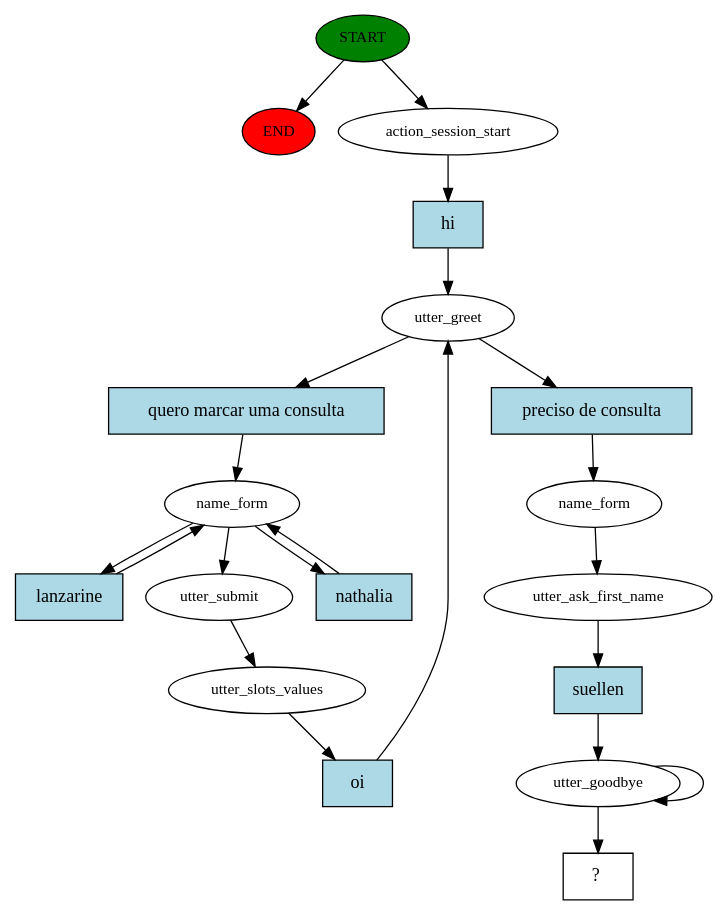
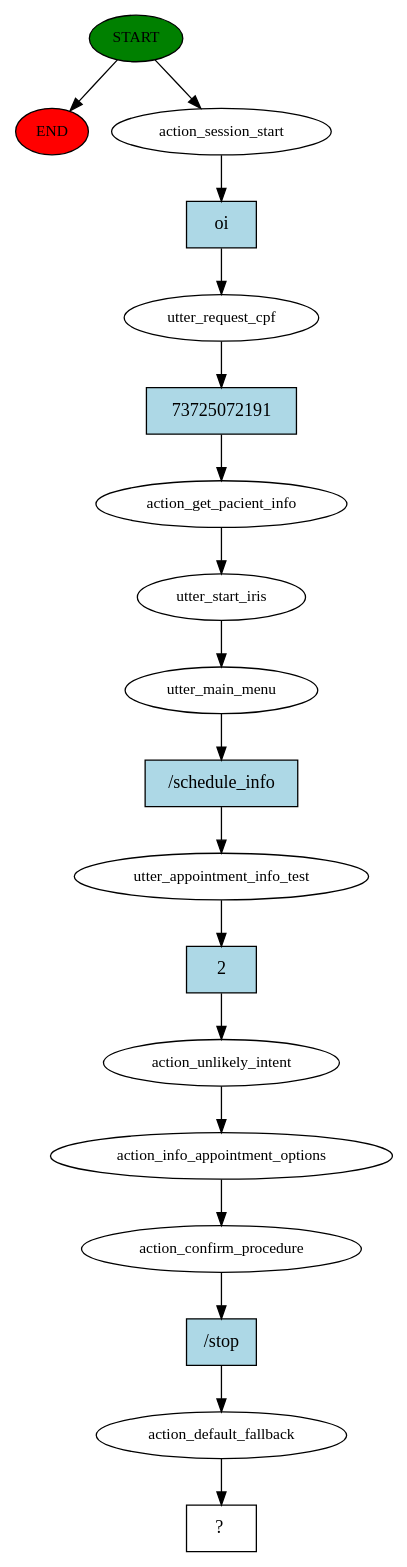
Before and after one commit to NathLanzarine/rasax-demo: the diagram in story_graph.dot, drawn with Graphviz. The commit also changed 24 other files, not shown here.

```diff
--- a/story_graph.dot
+++ b/story_graph.dot
@@ -1,41 +1,37 @@
 digraph  {
 0 [class="start active", fillcolor=green, fontsize=12, label=START, style=filled];
 "-1" [class=end, fillcolor=red, fontsize=12, label=END, style=filled];
 1 [class=active, fontsize=12, label=action_session_start];
-2 [class=active, fontsize=12, label=utter_greet];
-3 [class=active, fontsize=12, label=name_form];
-6 [class=active, fontsize=12, label=utter_submit];
-7 [class=active, fontsize=12, label=utter_slots_values];
-9 [class=active, fontsize=12, label=name_form];
-10 [class=active, fontsize=12, label=utter_ask_first_name];
-11 [class=active, fontsize=12, label=utter_goodbye];
-13 [class="intent dashed active", label="  ?  ", shape=rect];
-14 [class="intent active", fillcolor=lightblue, label=hi, shape=rect, style=filled];
-15 [class="intent active", fillcolor=lightblue, label="quero marcar uma consulta", shape=rect, style=filled];
-16 [class="intent active", fillcolor=lightblue, label="preciso de consulta", shape=rect, style=filled];
-17 [class="intent active", fillcolor=lightblue, label=nathalia, shape=rect, style=filled];
-18 [class="intent active", fillcolor=lightblue, label=lanzarine, shape=rect, style=filled];
-19 [class="intent active", fillcolor=lightblue, label=oi, shape=rect, style=filled];
-20 [class="intent active", fillcolor=lightblue, label=suellen, shape=rect, style=filled];
+2 [class=active, fontsize=12, label=utter_request_cpf];
+3 [class=active, fontsize=12, label=action_get_pacient_info];
+4 [class=active, fontsize=12, label=utter_start_iris];
+5 [class=active, fontsize=12, label=utter_main_menu];
+6 [class=active, fontsize=12, label=utter_appointment_info_test];
+7 [class=active, fontsize=12, label=action_unlikely_intent];
+8 [class=active, fontsize=12, label=action_info_appointment_options];
+9 [class=active, fontsize=12, label=action_confirm_procedure];
+10 [class=active, fontsize=12, label=action_default_fallback];
+11 [class="intent dashed active", label="  ?  ", shape=rect];
+12 [class="intent active", fillcolor=lightblue, label=oi, shape=rect, style=filled];
+13 [class="intent active", fillcolor=lightblue, label=73725072191, shape=rect, style=filled];
+14 [class="intent active", fillcolor=lightblue, label="/schedule_info", shape=rect, style=filled];
+15 [class="intent active", fillcolor=lightblue, label=2, shape=rect, style=filled];
+16 [class="intent active", fillcolor=lightblue, label="/stop", shape=rect, style=filled];
 0 -> "-1"  [class="", key=NONE, label=""];
 0 -> 1  [class=active, key=NONE, label=""];
-1 -> 14  [class=active, key=0];
-2 -> 15  [class=active, key=0];
-2 -> 16  [class=active, key=0];
-3 -> 6  [class=active, key=NONE, label=""];
-3 -> 17  [class=active, key=0];
-3 -> 18  [class=active, key=0];
-6 -> 7  [class=active, key=NONE, label=""];
-7 -> 19  [class=active, key=0];
-9 -> 10  [class=active, key=NONE, label=""];
-10 -> 20  [class=active, key=0];
-11 -> 13  [class=active, key=NONE, label=""];
-11 -> 11  [class=active, key=NONE, label=""];
-14 -> 2  [class=active, key=0];
-15 -> 3  [class=active, key=0];
-16 -> 9  [class=active, key=0];
-17 -> 3  [class=active, key=0];
-18 -> 3  [class=active, key=0];
-19 -> 2  [class=active, key=0];
-20 -> 11  [class=active, key=0];
+1 -> 12  [class=active, key=0];
+2 -> 13  [class=active, key=0];
+3 -> 4  [class=active, key=NONE, label=""];
+4 -> 5  [class=active, key=NONE, label=""];
+5 -> 14  [class=active, key=0];
+6 -> 15  [class=active, key=0];
+7 -> 8  [class=active, key=NONE, label=""];
+8 -> 9  [class=active, key=NONE, label=""];
+9 -> 16  [class=active, key=0];
+10 -> 11  [class=active, key=NONE, label=""];
+12 -> 2  [class=active, key=0];
+13 -> 3  [class=active, key=0];
+14 -> 6  [class=active, key=0];
+15 -> 7  [class=active, key=0];
+16 -> 10  [class=active, key=0];
 }
```
